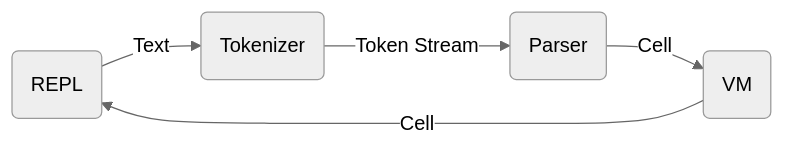
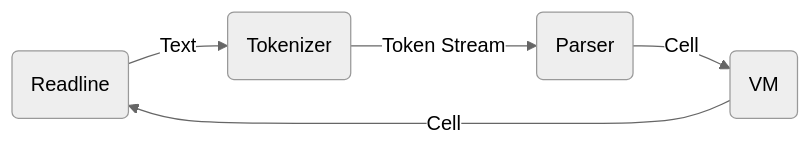
One commit to strtok/marwood-book changed the diagram in src/ch01-00-design-overview.md. Above: the diagram before and after it, drawn with Mermaid (neutral theme). The commit also changed other lines of this file, not shown here.

Commit message:
move graph to bottom

````diff
--- a/src/ch01-00-design-overview.md
+++ b/src/ch01-00-design-overview.md
@@ -64,7 +72,7 @@
 ```mermaid
 flowchart LR
-    A(REPL) -->|Text| B(Tokenizer)
+    A(Readline) -->|Text| B(Tokenizer)
     B -->|Token Stream| C(Parser)
     C -->|Cell| D(VM)
     D -->|Cell| A
 ```
````
